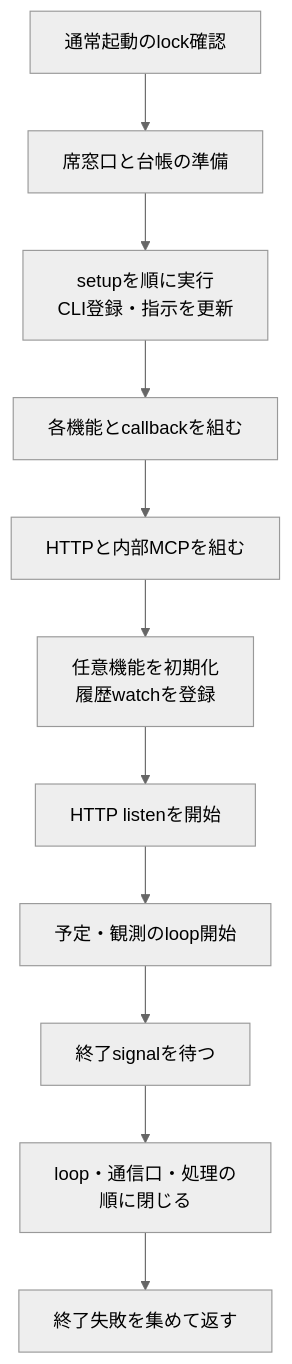
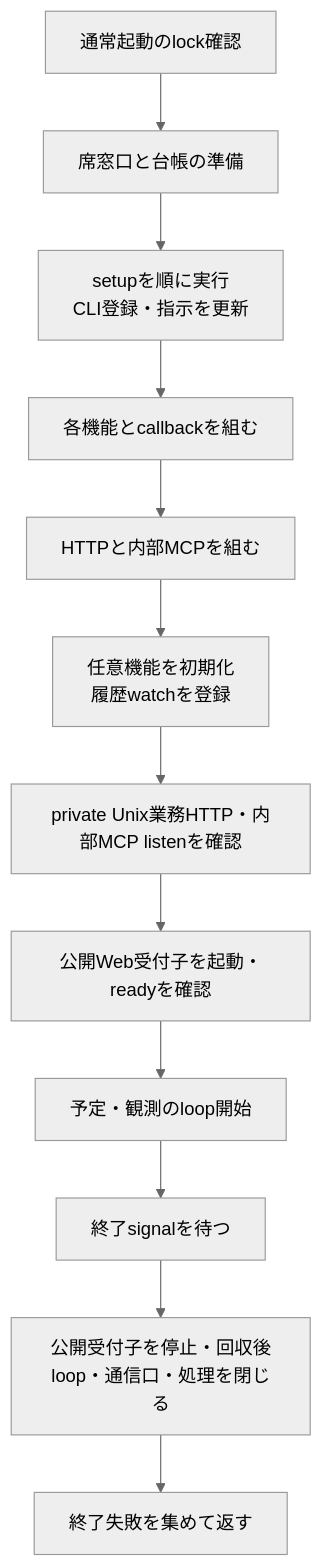
One commit to kitepon/BellTeam changed the first of 3 diagrams in docs/architecture/modules/runtime/execution.md. Above: the diagram before and after it, drawn with Mermaid (neutral theme). The commit also changed other lines of this file and 9 other files, not shown here.

````diff
--- a/docs/architecture/modules/runtime/execution.md
+++ b/docs/architecture/modules/runtime/execution.md
@@ -7,13 +7,14 @@
 ```mermaid
 flowchart TD
   Supervisor["通常起動のlock確認"] --> Bootstrap["席窓口と台帳の準備"]
   Bootstrap --> Setup["setupを順に実行<br/>CLI登録・指示を更新"]
   Setup --> Services["各機能とcallbackを組む"]
   Services --> Runtime["HTTPと内部MCPを組む"]
   Runtime --> Features["任意機能を初期化<br/>履歴watchを登録"]
-  Features --> Listen["HTTP listenを開始"]
-  Listen --> Loops["予定・観測のloop開始"]
+  Features --> Listen["private Unix業務HTTP・内部MCP listenを確認"]
+  Listen --> Gateway["公開Web受付子を起動・readyを確認"]
+  Gateway --> Loops["予定・観測のloop開始"]
   Loops --> Shutdown["終了signalを待つ"]
-  Shutdown --> Close["loop・通信口・処理の<br/>順に閉じる"]
+  Shutdown --> Close["公開受付子を停止・回収後<br/>loop・通信口・処理を閉じる"]
   Close --> Result["終了失敗を集めて返す"]
 ```
````
